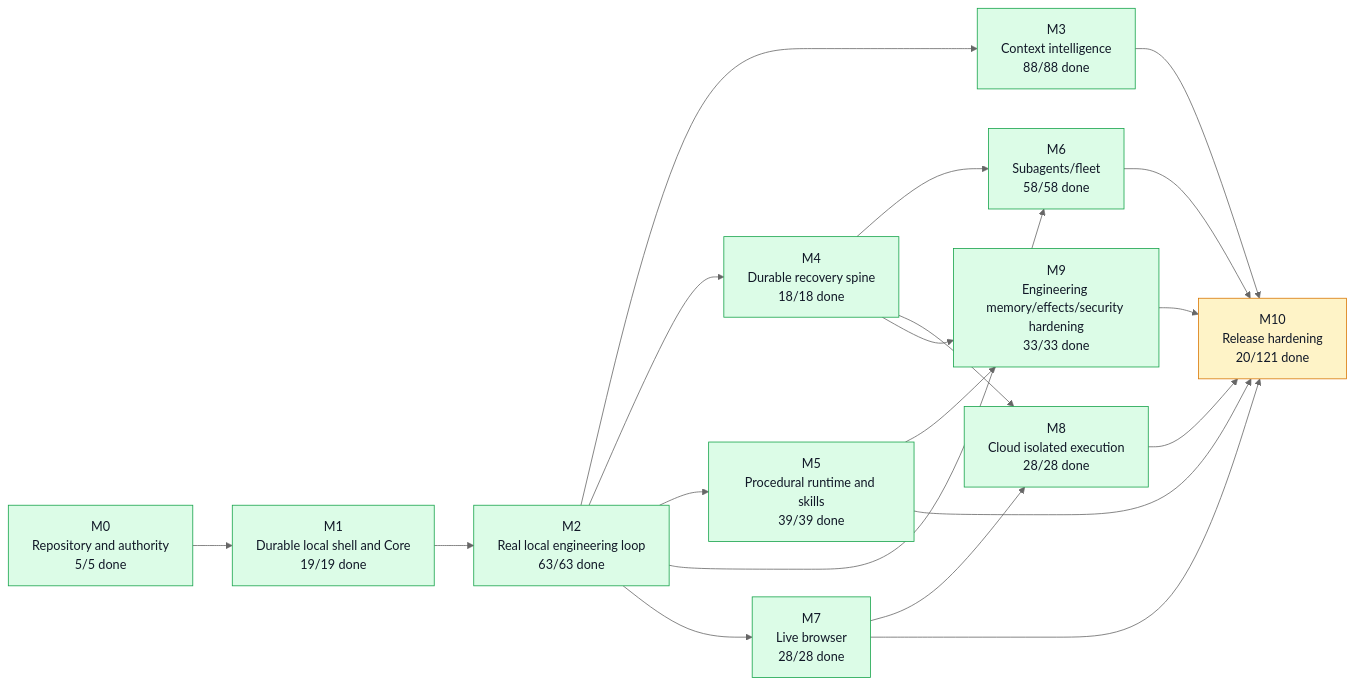
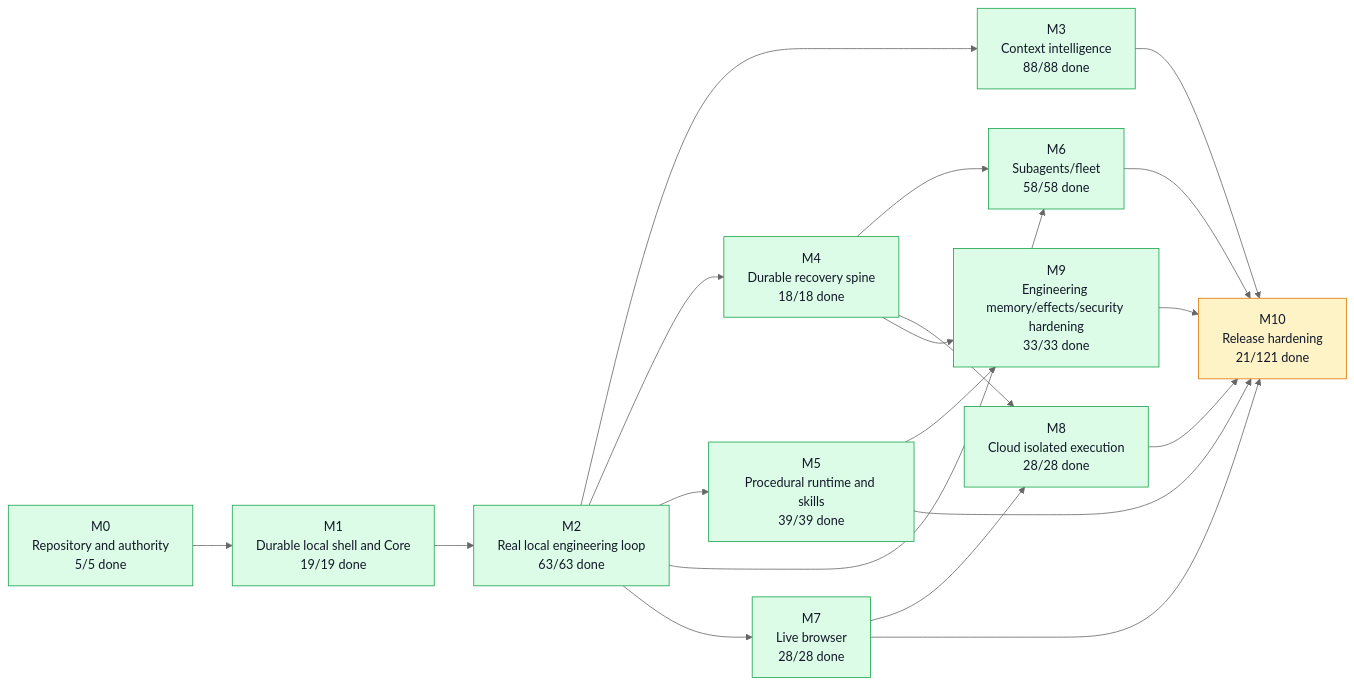
Before and after one commit to moss101/modbit: the first of 5 diagrams in graph/PROJECT_GRAPH.md, drawn with Mermaid (neutral theme). The commit also changed other lines of this file and 8 other files, not shown here.

````diff
--- a/graph/PROJECT_GRAPH.md
+++ b/graph/PROJECT_GRAPH.md
@@ -57,43 +57,43 @@
 ```mermaid
 flowchart LR
   M0["M0<br/>Repository and authority<br/>5/5 done"]
   M1["M1<br/>Durable local shell and Core<br/>19/19 done"]
   M2["M2<br/>Real local engineering loop<br/>63/63 done"]
   M3["M3<br/>Context intelligence<br/>88/88 done"]
   M4["M4<br/>Durable recovery spine<br/>18/18 done"]
   M5["M5<br/>Procedural runtime and skills<br/>39/39 done"]
   M6["M6<br/>Subagents/fleet<br/>58/58 done"]
   M7["M7<br/>Live browser<br/>28/28 done"]
   M8["M8<br/>Cloud isolated execution<br/>28/28 done"]
   M9["M9<br/>Engineering memory/effects/security hardening<br/>33/33 done"]
-  M10["M10<br/>Release hardening<br/>20/121 done"]
+  M10["M10<br/>Release hardening<br/>21/121 done"]
   M0 --> M1
   M1 --> M2
   M2 --> M3
   M2 --> M4
   M2 --> M5
   M2 --> M6
   M4 --> M6
   M2 --> M7
   M4 --> M8
   M7 --> M8
   M4 --> M9
   M5 --> M9
   M3 --> M10
   M5 --> M10
   M6 --> M10
   M7 --> M10
   M8 --> M10
   M9 --> M10
   style M0 fill:#dcfce7,stroke:#16a34a,color:#111827
   style M1 fill:#dcfce7,stroke:#16a34a,color:#111827
   style M2 fill:#dcfce7,stroke:#16a34a,color:#111827
   style M3 fill:#dcfce7,stroke:#16a34a,color:#111827
   style M4 fill:#dcfce7,stroke:#16a34a,color:#111827
   style M5 fill:#dcfce7,stroke:#16a34a,color:#111827
   style M6 fill:#dcfce7,stroke:#16a34a,color:#111827
   style M7 fill:#dcfce7,stroke:#16a34a,color:#111827
   style M8 fill:#dcfce7,stroke:#16a34a,color:#111827
   style M9 fill:#dcfce7,stroke:#16a34a,color:#111827
   style M10 fill:#fef3c7,stroke:#d97706,color:#111827
 ```
````
